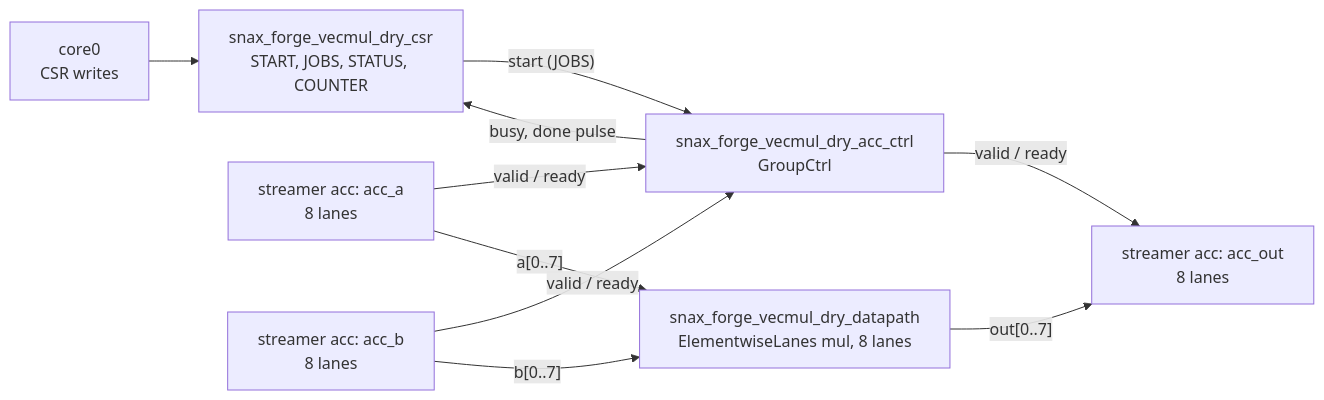
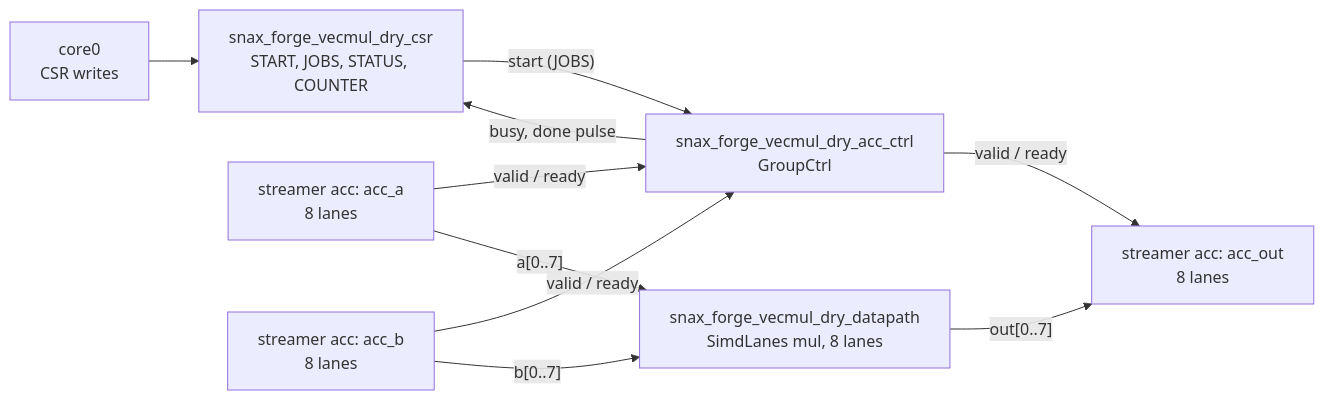
The diagram in examples/dryrun/1_vecmul.md (KULeuven-MICAS/snax-forge), drawn with Mermaid before and after one commit. The commit also changed other lines of this file and 209 other files, not shown here.

````diff
--- a/examples/dryrun/1_vecmul.md
+++ b/examples/dryrun/1_vecmul.md
@@ -238,12 +238,12 @@
 ```mermaid
 flowchart LR
   core["core0<br/>CSR writes"] --> csr["snax_forge_vecmul_dry_csr<br/>START, JOBS, STATUS, COUNTER"]
   csr -- "start (JOBS)" --> ctrl["snax_forge_vecmul_dry_acc_ctrl<br/>GroupCtrl"]
   ctrl -- "busy, done pulse" --> csr
   sa["streamer acc: acc_a<br/>8 lanes"] -- "valid / ready" --> ctrl
   sb["streamer acc: acc_b<br/>8 lanes"] -- "valid / ready" --> ctrl
   ctrl -- "valid / ready" --> so["streamer acc: acc_out<br/>8 lanes"]
-  sa -- "a[0..7]" --> dp["snax_forge_vecmul_dry_datapath<br/>ElementwiseLanes mul, 8 lanes"]
+  sa -- "a[0..7]" --> dp["snax_forge_vecmul_dry_datapath<br/>SimdLanes mul, 8 lanes"]
   sb -- "b[0..7]" --> dp
   dp -- "out[0..7]" --> so
 ```
````
